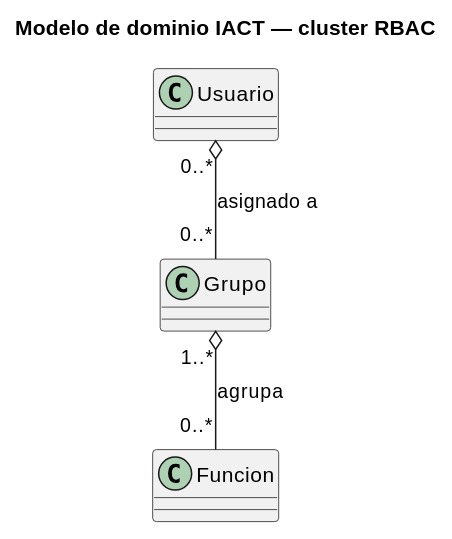
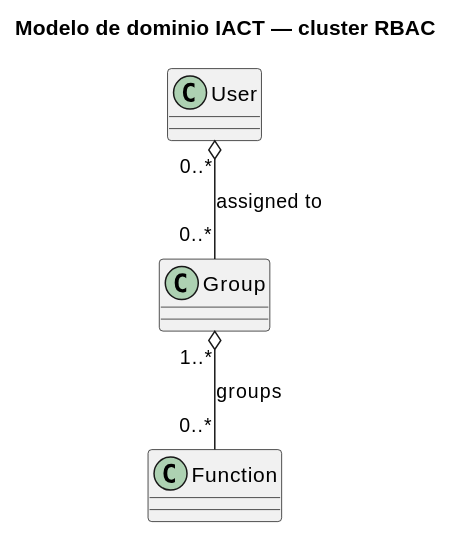
The diagram in source/requisitos/_metodologia-aplicacion/analisis-dominio/como-se-ve-aplicado.rst (jcg-admin/IACT-docs), drawn with PlantUML before and after one commit. The commit also changed 21 other files, not shown here.

```diff
--- a/source/requisitos/_metodologia-aplicacion/analisis-dominio/como-se-ve-aplicado.rst
+++ b/source/requisitos/_metodologia-aplicacion/analisis-dominio/como-se-ve-aplicado.rst
@@ -4,10 +4,10 @@
 .. uml::
 
    @startuml
    title Modelo de dominio IACT — cluster RBAC
-   class Usuario
-   class Grupo
-   class Funcion
-   Usuario "0..*" o-- "0..*" Grupo : asignado a
-   Grupo "1..*" o-- "0..*" Funcion : agrupa
+   class User
+   class Group
+   class Function
+   User "0..*" o-- "0..*" Group : assigned to
+   Group "1..*" o-- "0..*" Function : groups
    @enduml
```
